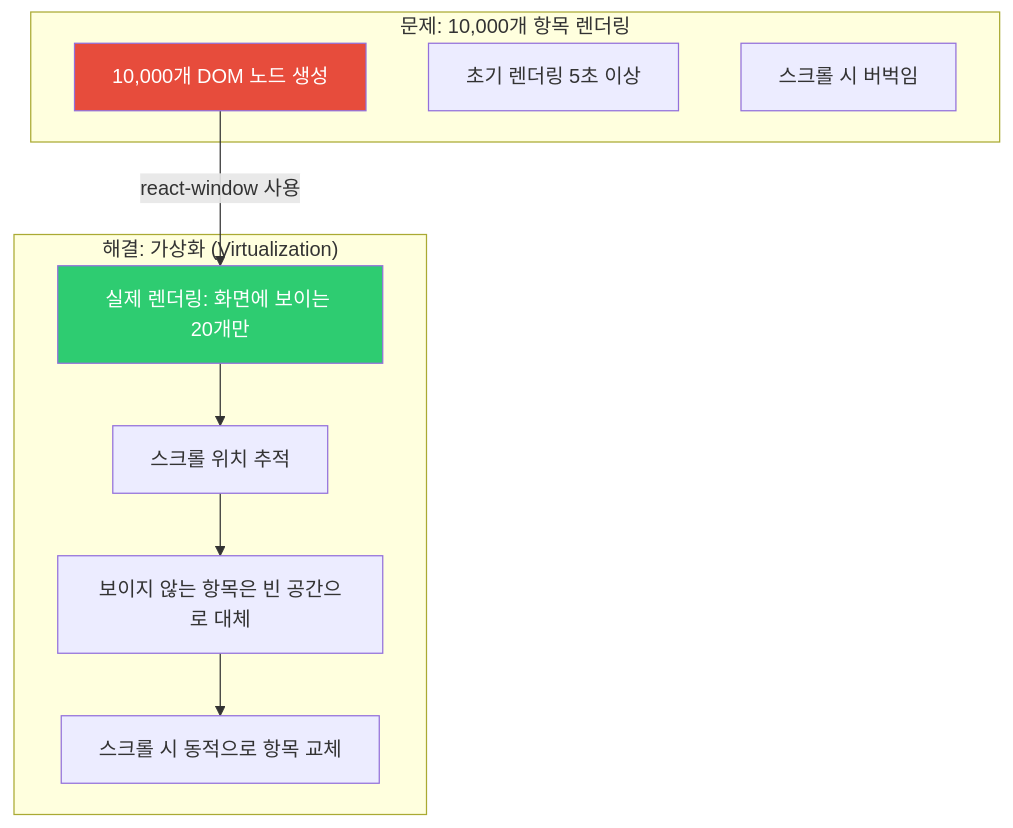
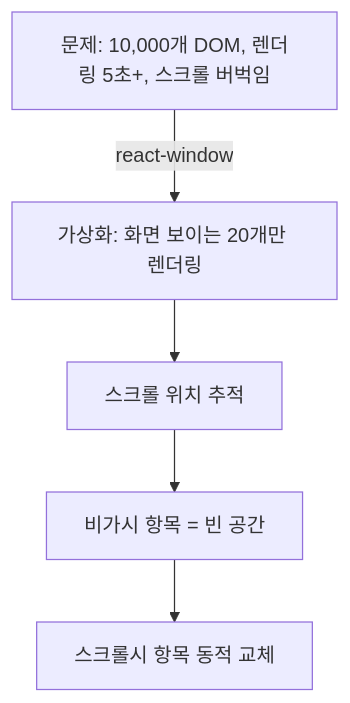
One commit to yjkim2015/yjkim2015.github.io changed the fifth of 5 diagrams in _posts/frontend/2026-05-01-react.md. Above: the diagram before and after it, drawn with Mermaid. The commit also changed other lines of this file and 215 other files, not shown here.

First line of the commit message:
신규 포스트 10개 추가 + Mermaid 전면 축소 + SystemDesign 시리즈 보강

````diff
--- a/_posts/frontend/2026-05-01-react.md
+++ b/_posts/frontend/2026-05-01-react.md
@@ -570,21 +538,10 @@
 ```mermaid
 flowchart TD
-    subgraph "문제: 10,000개 항목 렌더링"
-        P1["10,000개 DOM 노드 생성"]
-        P2["초기 렌더링 5초 이상"]
-        P3["스크롤 시 버벅임"]
-    end
-
-    subgraph "해결: 가상화 (Virtualization)"
-        S1["실제 렌더링: 화면에 보이는 20개만"]
-        S2["스크롤 위치 추적"]
-        S3["보이지 않는 항목은 빈 공간으로 대체"]
-        S4["스크롤 시 동적으로 항목 교체"]
-    end
-
-    P1 -->|"react-window 사용"| S1
+    P["문제: 10,000개 DOM, 렌더링 5초+, 스크롤 버벅임"]
+    S1["가상화: 화면 보이는 20개만 렌더링"]
+    S2["스크롤 위치 추적"]
+    S3["비가시 항목 = 빈 공간"]
+    S4["스크롤시 항목 동적 교체"]
+    P -->|"react-window"| S1
     S1 --> S2 --> S3 --> S4
-
-    style P1 fill:#e74c3c,color:#fff
-    style S1 fill:#2ecc71,color:#fff
 ```
````
